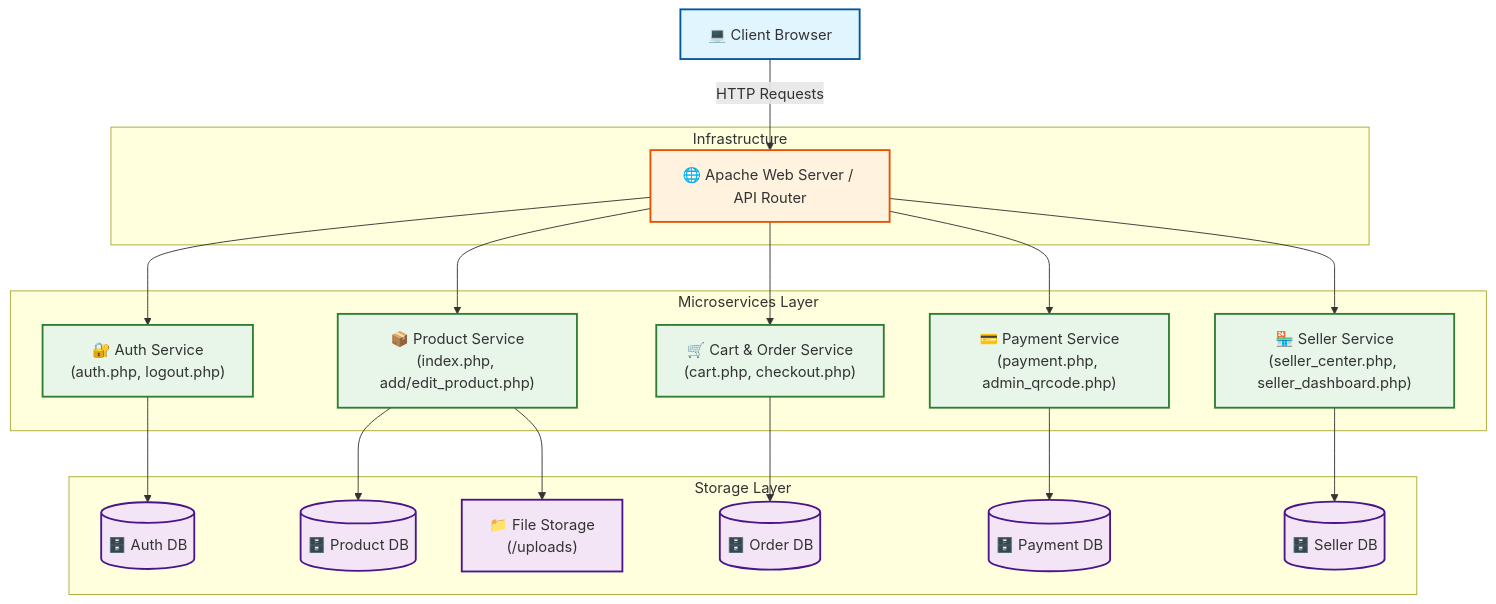
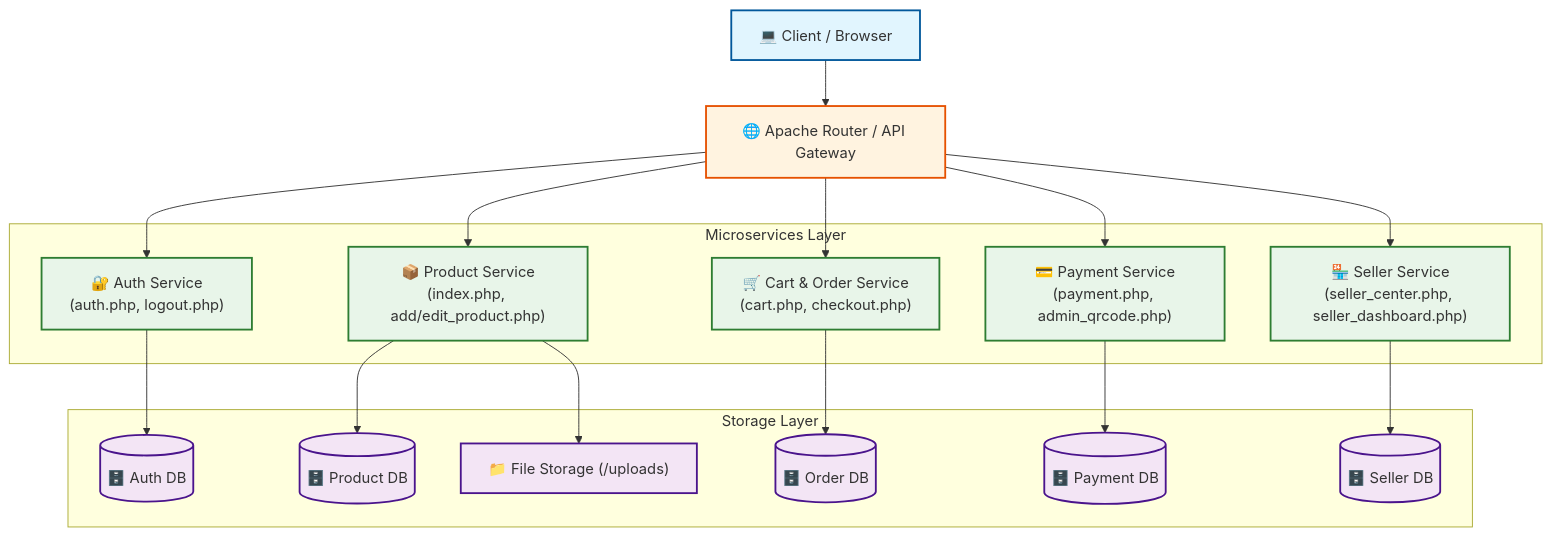
The first of 2 diagrams in README.md (67160214-ctrl/Hugmart), drawn with Mermaid before and after one commit. The commit also changed other lines of this file, not shown here.

````diff
--- a/README.md
+++ b/README.md
@@ -37,45 +30,41 @@
 ```mermaid
 graph TD
     classDef client fill:#e1f5fe,stroke:#01579b,stroke-width:2px;
     classDef gateway fill:#fff3e0,stroke:#e65100,stroke-width:2px;
     classDef service fill:#e8f5e9,stroke:#2e7d32,stroke-width:2px;
     classDef db fill:#f3e5f5,stroke:#4a148c,stroke-width:2px;
 
-    User[💻 Client Browser]:::client
-
-    subgraph Infrastructure
-        Gateway[🌐 Apache Web Server / API Router]:::gateway
-    end
+    User[💻 Client / Browser]:::client
+    Gateway[🌐 Apache Router / API Gateway]:::gateway
 
     subgraph Microservices Layer
         AuthSvc["🔐 Auth Service<br/>(auth.php, logout.php)"]:::service
         ProductSvc["📦 Product Service<br/>(index.php, add/edit_product.php)"]:::service
         CartOrderSvc["🛒 Cart & Order Service<br/>(cart.php, checkout.php)"]:::service
         PaymentSvc["💳 Payment Service<br/>(payment.php, admin_qrcode.php)"]:::service
         SellerSvc["🏪 Seller Service<br/>(seller_center.php, seller_dashboard.php)"]:::service
     end
 
     subgraph Storage Layer
         DB_Auth[("🗄️ Auth DB")]:::db
         DB_Product[("🗄️ Product DB")]:::db
         DB_Order[("🗄️ Order DB")]:::db
         DB_Payment[("🗄️ Payment DB")]:::db
         DB_Seller[("🗄️ Seller DB")]:::db
-        Storage["📁 File Storage<br/>(/uploads)"]:::db
+        Storage["📁 File Storage (/uploads)"]:::db
     end
 
-    User -->|HTTP Requests| Gateway
-    
+    User --> Gateway
     Gateway --> AuthSvc
     Gateway --> ProductSvc
     Gateway --> CartOrderSvc
     Gateway --> PaymentSvc
     Gateway --> SellerSvc
 
     AuthSvc --> DB_Auth
     ProductSvc --> DB_Product
     ProductSvc --> Storage
     CartOrderSvc --> DB_Order
     PaymentSvc --> DB_Payment
     SellerSvc --> DB_Seller
 ```
````
